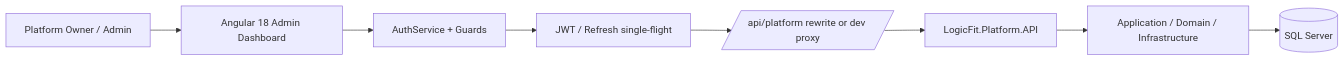
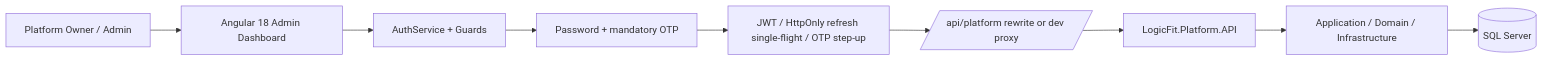
The diagram in docs/ARCHITECTURE-AND-INTEGRATION.md (AhmedSalem104/LogiFit_Platform_Admin_Dashboard), drawn with Mermaid before and after one commit. The commit also changed other lines of this file and 19 other files, not shown here.

Commit message:
feat(#118): enforce platform OTP and step-up

````diff
--- a/docs/ARCHITECTURE-AND-INTEGRATION.md
+++ b/docs/ARCHITECTURE-AND-INTEGRATION.md
@@ -9,10 +9,11 @@
 ```mermaid
 flowchart LR
     User[Platform Owner / Admin] --> Angular[Angular 18 Admin Dashboard]
     Angular --> Auth[AuthService + Guards]
-    Auth --> Interceptor[JWT / Refresh single-flight]
+    Auth --> Otp[Password + mandatory OTP]
+    Otp --> Interceptor[JWT / HttpOnly refresh single-flight / OTP step-up]
     Interceptor --> Proxy[/api/platform rewrite or dev proxy/]
     Proxy --> API[LogicFit.Platform.API]
     API --> Domain[Application / Domain / Infrastructure]
     Domain --> SQL[(SQL Server)]
 ```
````
